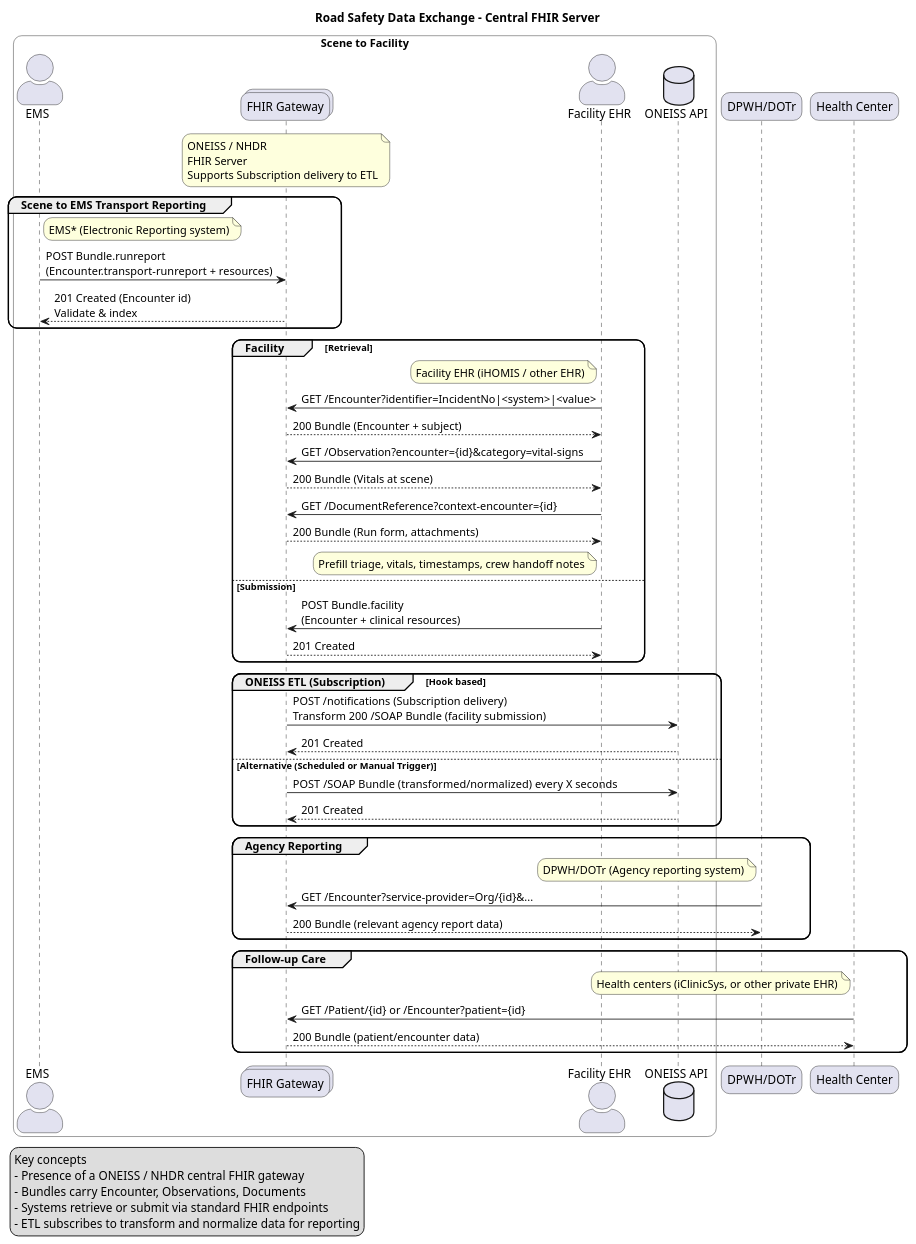
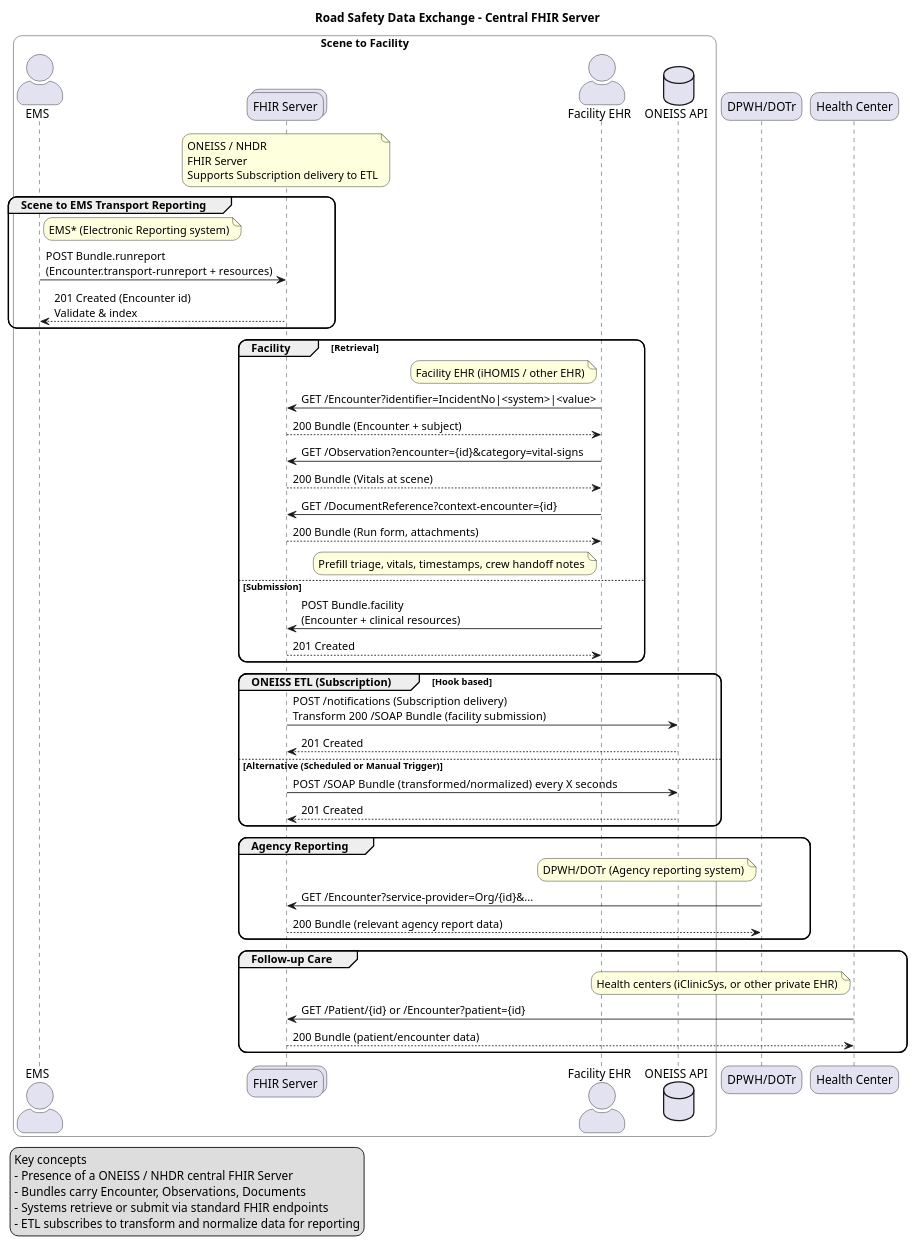
One commit to UPM-NTHC/PH-RoadSafetyIG changed the diagram in input/images-source/intro-1a-central-FHIR-server.plantuml. Above: the diagram before and after it, drawn with PlantUML. The commit also changed 6 other files, not shown here.

First line of the commit message:
docs(plantuml): rename Gateway to FHIR Server in intro diagrams

```diff
--- a/input/images-source/intro-1a-central-FHIR-server.plantuml
+++ b/input/images-source/intro-1a-central-FHIR-server.plantuml
@@ -1,84 +1,84 @@
 @startuml
 title Road Safety Data Exchange - Central FHIR Server
 skinparam actorStyle awesome
 skinparam roundcorner 20
 box "Scene to Facility" #White
 actor EMS
-collections FHIR as "FHIR Gateway"
+collections FHIR as "FHIR Server"
 actor EHR as "Facility EHR"
 database ETL as "ONEISS API"
 end box
 participant DPWH as "DPWH/DOTr"
 participant HC as "Health Center"
 
 note over FHIR
 ONEISS / NHDR
 FHIR Server
 Supports Subscription delivery to ETL
 end note
 
 
 
 group Scene to EMS Transport Reporting
 note right of EMS
 EMS* (Electronic Reporting system)
 end note
     EMS -> FHIR : POST Bundle.runreport\n(Encounter.transport-runreport + resources)
     FHIR --> EMS : 201 Created (Encounter id)\nValidate & index
 end
 
 group Facility [Retrieval]
 note left of EHR
 Facility EHR (iHOMIS / other EHR)
 end note
     EHR -> FHIR : GET /Encounter?identifier=IncidentNo|<system>|<value>
     FHIR --> EHR : 200 Bundle (Encounter + subject)
 
     EHR -> FHIR : GET /Observation?encounter={id}&category=vital-signs
     FHIR --> EHR : 200 Bundle (Vitals at scene)
 
     EHR -> FHIR : GET /DocumentReference?context-encounter={id}
     FHIR --> EHR : 200 Bundle (Run form, attachments)
 
     note left of EHR
     Prefill triage, vitals, timestamps, crew handoff notes
     end note
 else Submission
     EHR -> FHIR : POST Bundle.facility\n(Encounter + clinical resources)
     FHIR --> EHR : 201 Created
 end
 
 group ONEISS ETL (Subscription) [Hook based]
     FHIR -> ETL : POST /notifications (Subscription delivery)\nTransform 200 /SOAP Bundle (facility submission)
     ETL --> FHIR : 201 Created
 
 else Alternative (Scheduled or Manual Trigger)
     FHIR -> ETL : POST /SOAP Bundle  (transformed/normalized) every X seconds
     ETL --> FHIR : 201 Created
 end
 
 group Agency Reporting
     note left of DPWH
     DPWH/DOTr (Agency reporting system)
     end note
     DPWH -> FHIR : GET /Encounter?service-provider=Org/{id}&...
     FHIR --> DPWH : 200 Bundle (relevant agency report data)
 end
 
 group Follow-up Care
     note left of HC
     Health centers (iClinicSys, or other private EHR)
     end note
     HC -> FHIR : GET /Patient/{id} or /Encounter?patient={id}
     FHIR --> HC : 200 Bundle (patient/encounter data)
 end
 
 legend left
 Key concepts
-- Presence of a ONEISS / NHDR central FHIR gateway
+- Presence of a ONEISS / NHDR central FHIR Server
 - Bundles carry Encounter, Observations, Documents
 - Systems retrieve or submit via standard FHIR endpoints
 - ETL subscribes to transform and normalize data for reporting
 endlegend
 
 @enduml
```
